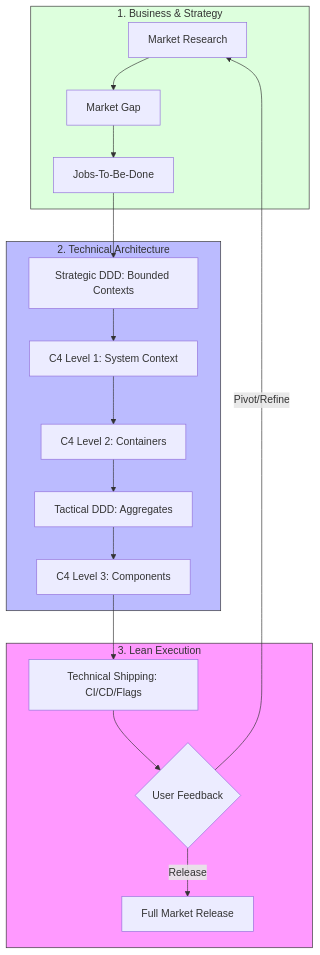
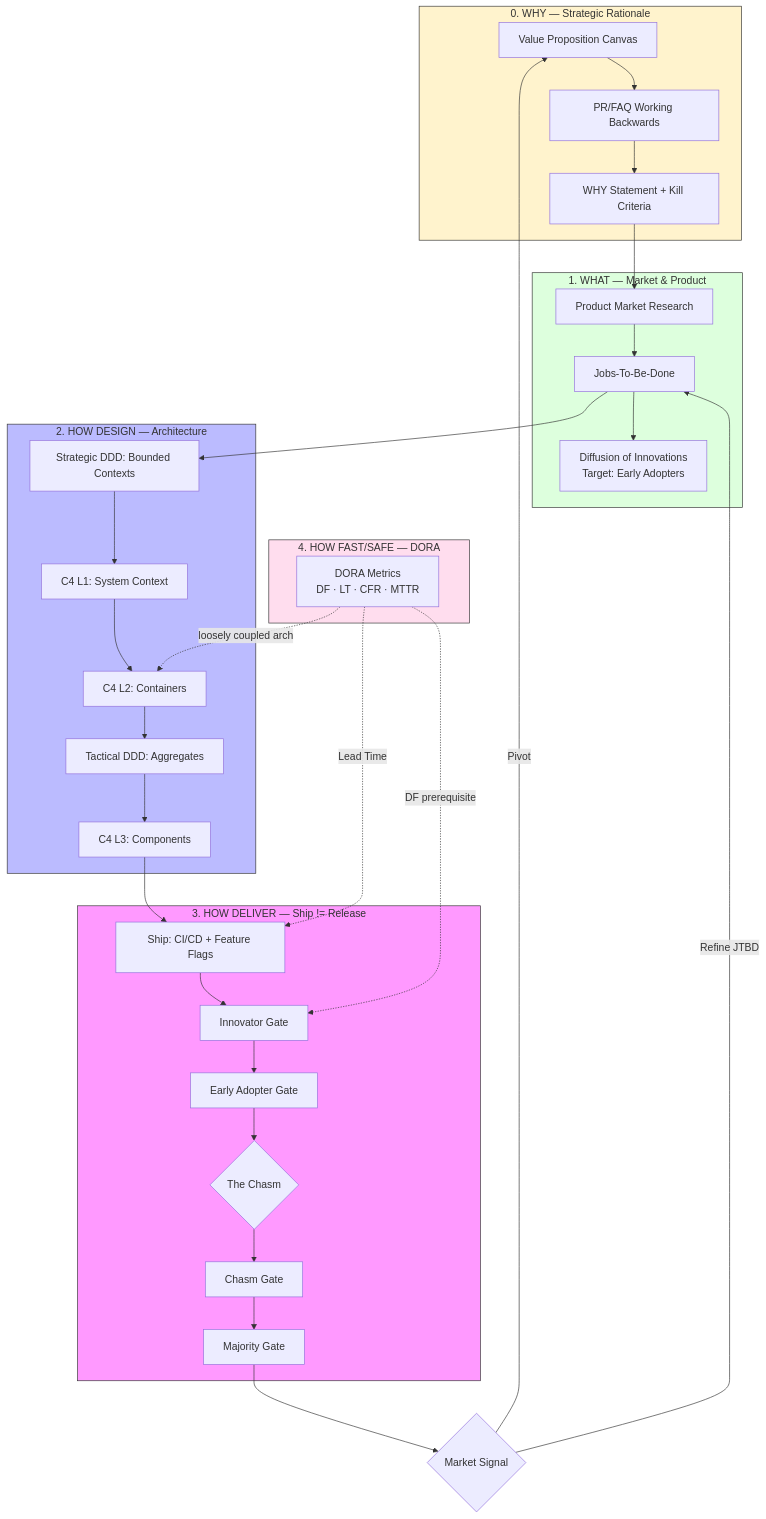
The diagram in docs/master-framework.md (kinhluan/skills), drawn with Mermaid before and after one commit. The commit also changed other lines of this file and 3 other files, not shown here.

First line of the commit message:
docs: overhaul master-framework with 5-layer Product-Led Engineering stack

````diff
--- a/docs/master-framework.md
+++ b/docs/master-framework.md
@@ -9,30 +7,54 @@
 ```mermaid
 graph TD
-    %% Business & Strategy Layer
-    subgraph Layer_1_Strategy [1. Business & Strategy]
-        LMR[Market Research] --> Gap[Market Gap]
-        Gap --> JTBD[Jobs-To-Be-Done]
+    %% WHY Layer
+    subgraph Layer_0_Why [0. WHY — Strategic Rationale]
+        VPC[Value Proposition Canvas] --> PRF[PR/FAQ Working Backwards]
+        PRF --> WHY[WHY Statement + Kill Criteria]
     end
 
-    %% Architecture Layer
-    subgraph Layer_2_Architecture [2. Technical Architecture]
-        JTBD --> Strategic_DDD[Strategic DDD: Bounded Contexts]
-        Strategic_DDD --> C4_L1[C4 Level 1: System Context]
-        C4_L1 --> C4_L2[C4 Level 2: Containers]
-        C4_L2 --> Tactical_DDD[Tactical DDD: Aggregates]
-        Tactical_DDD --> C4_L3[C4 Level 3: Components]
+    %% WHAT Layer
+    subgraph Layer_1_What [1. WHAT — Market & Product]
+        WHY --> PMR[Product Market Research]
+        PMR --> JTBD[Jobs-To-Be-Done]
+        JTBD --> Rogers[Diffusion of Innovations\nTarget: Early Adopters]
     end
 
-    %% Execution Layer
-    subgraph Layer_3_Execution [3. Lean Execution]
-        C4_L3 --> Ship[Technical Shipping: CI/CD/Flags]
-        Ship --> Feedback{User Feedback}
-        Feedback -->|Pivot/Refine| LMR
-        Feedback -->|Release| Market[Full Market Release]
+    %% HOW DESIGN Layer
+    subgraph Layer_2_Design [2. HOW DESIGN — Architecture]
+        JTBD --> DDD_S[Strategic DDD: Bounded Contexts]
+        DDD_S --> C4_L1[C4 L1: System Context]
+        C4_L1 --> C4_L2[C4 L2: Containers]
+        C4_L2 --> DDD_T[Tactical DDD: Aggregates]
+        DDD_T --> C4_L3[C4 L3: Components]
     end
 
+    %% HOW DELIVER Layer
+    subgraph Layer_3_Deliver [3. HOW DELIVER — Ship != Release]
+        C4_L3 --> Ship[Ship: CI/CD + Feature Flags]
+        Ship --> Gate1[Innovator Gate]
+        Gate1 --> Gate2[Early Adopter Gate]
+        Gate2 --> Chasm{The Chasm}
+        Chasm --> Gate3[Chasm Gate]
+        Gate3 --> Gate4[Majority Gate]
+    end
+
+    %% HOW FAST Layer
+    subgraph Layer_4_Perf [4. HOW FAST/SAFE — DORA]
+        DORA[DORA Metrics\nDF · LT · CFR · MTTR]
+        DORA -.->|DF prerequisite| Gate1
+        DORA -.->|loosely coupled arch| C4_L2
+        DORA -.->|Lead Time| Ship
+    end
+
+    %% Feedback
+    Gate4 --> Feedback{Market Signal}
+    Feedback -->|Pivot| VPC
+    Feedback -->|Refine JTBD| JTBD
+
     %% Styles
-    style Layer_1_Strategy fill:#dfd,stroke:#333
-    style Layer_2_Architecture fill:#bbf,stroke:#333
-    style Layer_3_Execution fill:#f9f,stroke:#333
+    style Layer_0_Why fill:#fff3cd,stroke:#333
+    style Layer_1_What fill:#dfd,stroke:#333
+    style Layer_2_Design fill:#bbf,stroke:#333
+    style Layer_3_Deliver fill:#f9f,stroke:#333
+    style Layer_4_Perf fill:#fde,stroke:#333
 ```
````
